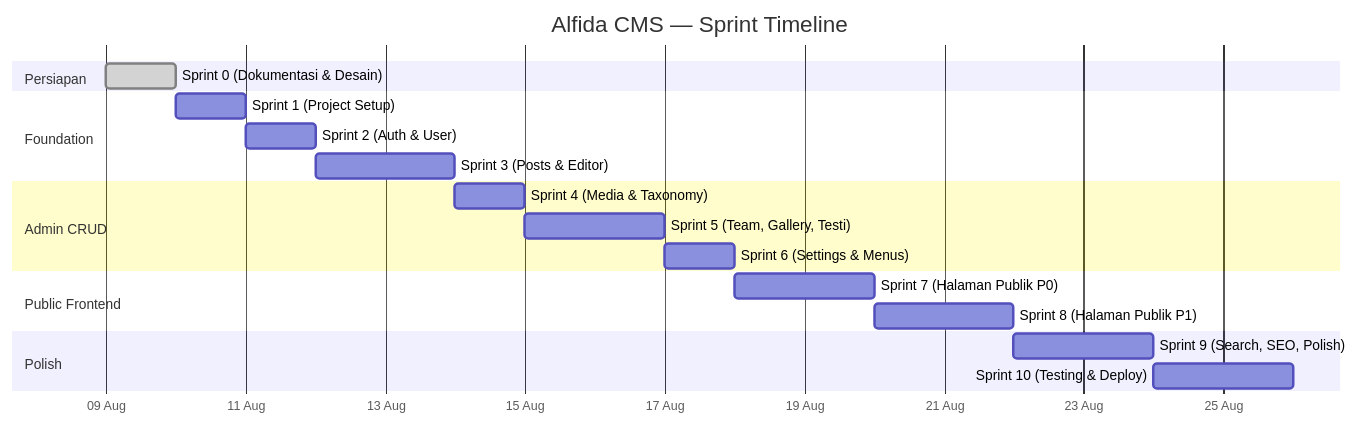
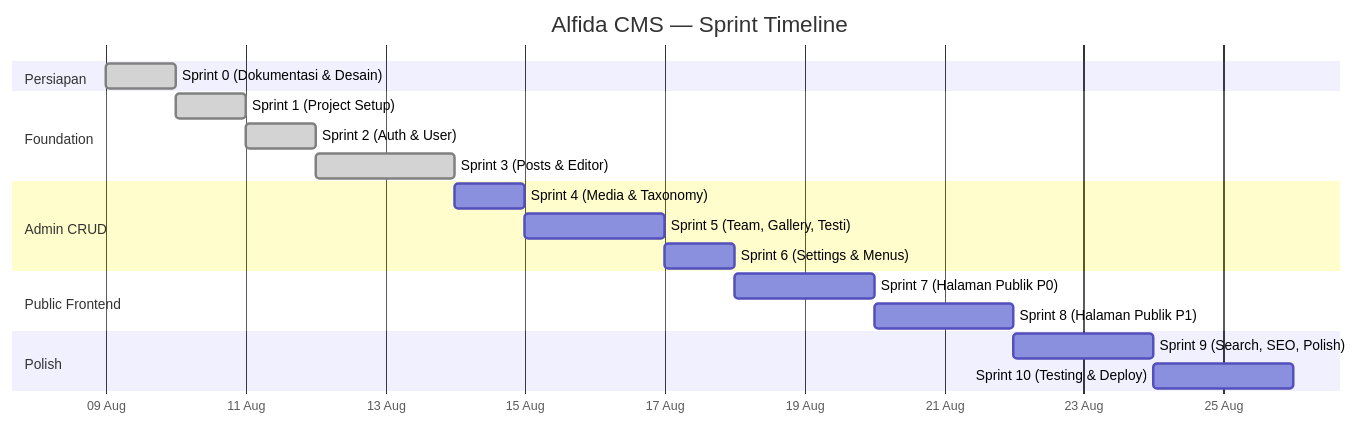
The diagram in docs/sprint-plan.md (alchemista27/nextcms), drawn with Mermaid before and after one commit. The commit also changed other lines of this file and 57 other files, not shown here.

````diff
--- a/docs/sprint-plan.md
+++ b/docs/sprint-plan.md
@@ -17,27 +17,27 @@
 ```mermaid
 gantt
     title Alfida CMS — Sprint Timeline
     dateFormat YYYY-MM-DD
     axisFormat %d %b
 
     section Persiapan
     Sprint 0 (Dokumentasi & Desain)  :done, s0, 2026-08-09, 1d
 
     section Foundation
-    Sprint 1 (Project Setup)         :s1, after s0, 1d
-    Sprint 2 (Auth & User)           :s2, after s1, 1d
-    Sprint 3 (Posts & Editor)        :s3, after s2, 2d
+    Sprint 1 (Project Setup)         :done, s1, after s0, 1d
+    Sprint 2 (Auth & User)           :done, s2, after s1, 1d
+    Sprint 3 (Posts & Editor)        :done, s3, after s2, 2d
 
     section Admin CRUD
     Sprint 4 (Media & Taxonomy)      :s4, after s3, 1d
     Sprint 5 (Team, Gallery, Testi)  :s5, after s4, 2d
     Sprint 6 (Settings & Menus)      :s6, after s5, 1d
 
     section Public Frontend
     Sprint 7 (Halaman Publik P0)     :s7, after s6, 2d
     Sprint 8 (Halaman Publik P1)     :s8, after s7, 2d
 
     section Polish
     Sprint 9 (Search, SEO, Polish)   :s9, after s8, 2d
     Sprint 10 (Testing & Deploy)     :s10, after s9, 2d
 ```
````
